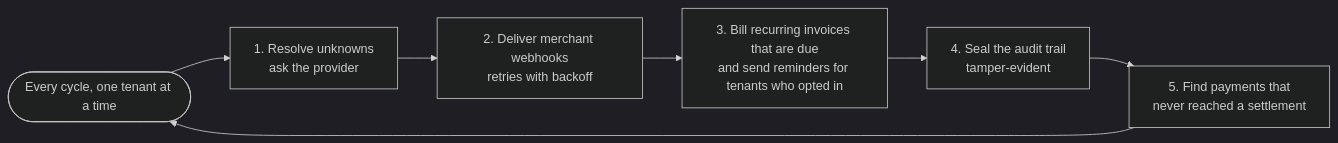
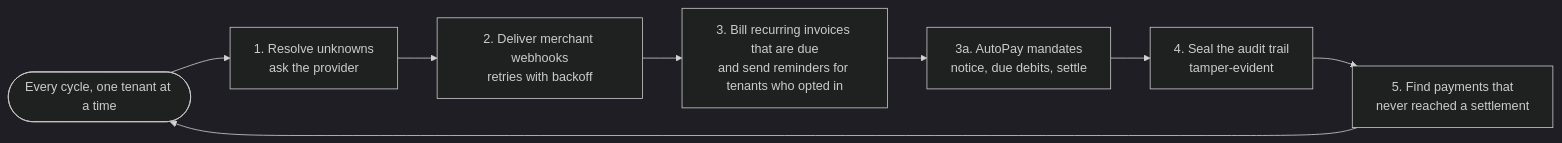
One commit to zyvorai/vayora changed the fifth of 8 diagrams in docs/zyvor/HOW_IT_WORKS.md. Above: the diagram before and after it, drawn with Mermaid (dark theme). The commit also changed other lines of this file and 27 other files, not shown here.

````diff
--- a/docs/zyvor/HOW_IT_WORKS.md
+++ b/docs/zyvor/HOW_IT_WORKS.md
@@ -116,9 +116,10 @@
 ```mermaid
 flowchart LR
   T([Every cycle, one tenant at a time]) --> A
   A[1. Resolve unknowns<br/>ask the provider] --> B[2. Deliver merchant webhooks<br/>retries with backoff]
   B --> C[3. Bill recurring invoices that are due<br/>and send reminders for tenants who opted in]
-  C --> D[4. Seal the audit trail<br/>tamper-evident]
+  C --> M[3a. AutoPay mandates<br/>notice, due debits, settle]
+  M --> D[4. Seal the audit trail<br/>tamper-evident]
   D --> E[5. Find payments that<br/>never reached a settlement]
   E --> T
 ```
````
